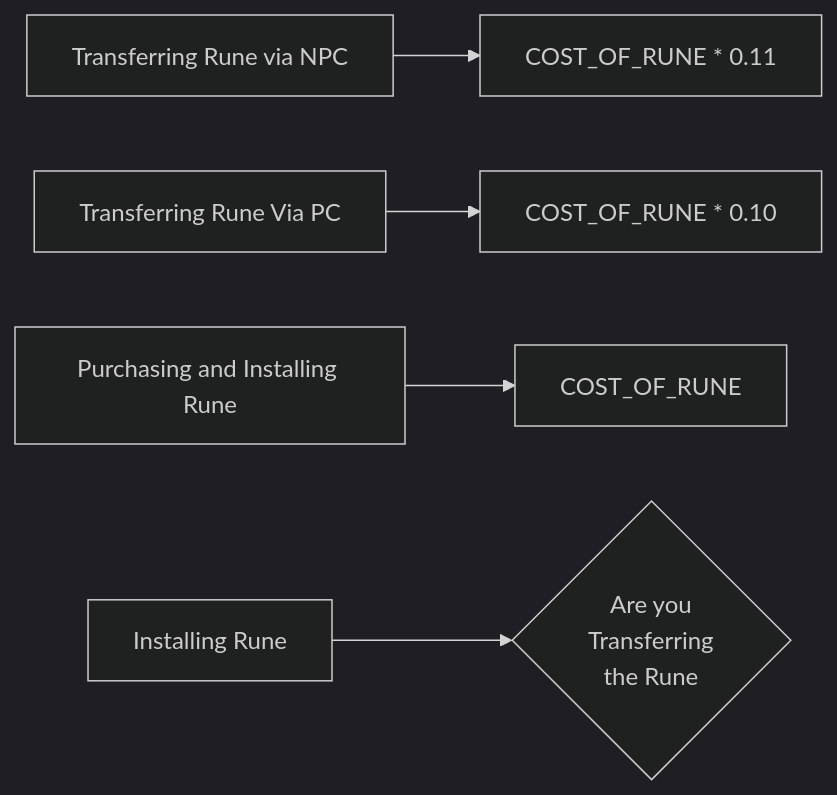
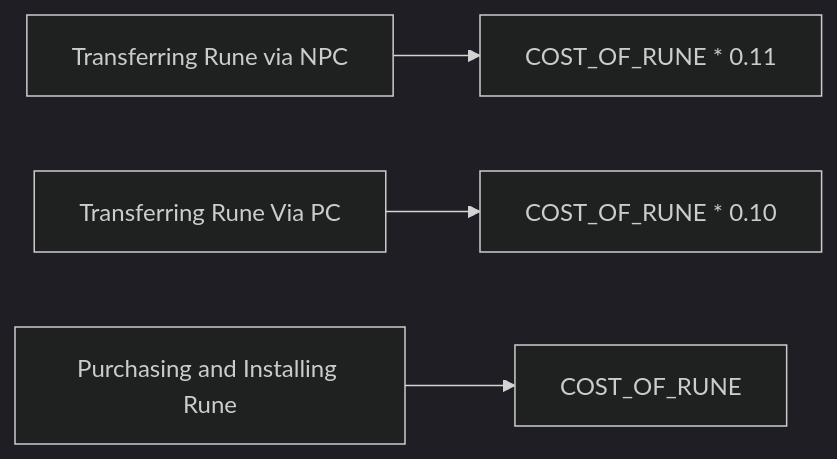
The second of 2 diagrams in PF2E/Strength of Thousands/Flow Charts/Rune Guide.md (speck0413/notes), drawn with Mermaid (dark theme) before and after one commit. The commit also changed other lines of this file, not shown here.

Commit message:
July 7, 2022 5:32 PM

````diff
--- a/PF2E/Strength of Thousands/Flow Charts/Rune Guide.md
+++ b/PF2E/Strength of Thousands/Flow Charts/Rune Guide.md
@@ -27,20 +31,18 @@
 ```mermaid
 
 flowchart LR
 
 NPC[Transferring Rune via NPC]
 NPC_COST[COST_OF_RUNE * 0.11]
 
 PC[Transferring Rune Via PC]
 PC_COST[COST_OF_RUNE * 0.10]
 
 RUNE[Purchasing and Installing Rune]
 RUNE_COST[COST_OF_RUNE]
 
-State1[Installing Rune] --> Transfer{Are you <br> Transferring <br> the Rune}
-
 NPC-->NPC_COST
 PC-->PC_COST
 RUNE-->RUNE_COST
 
 ```
````
